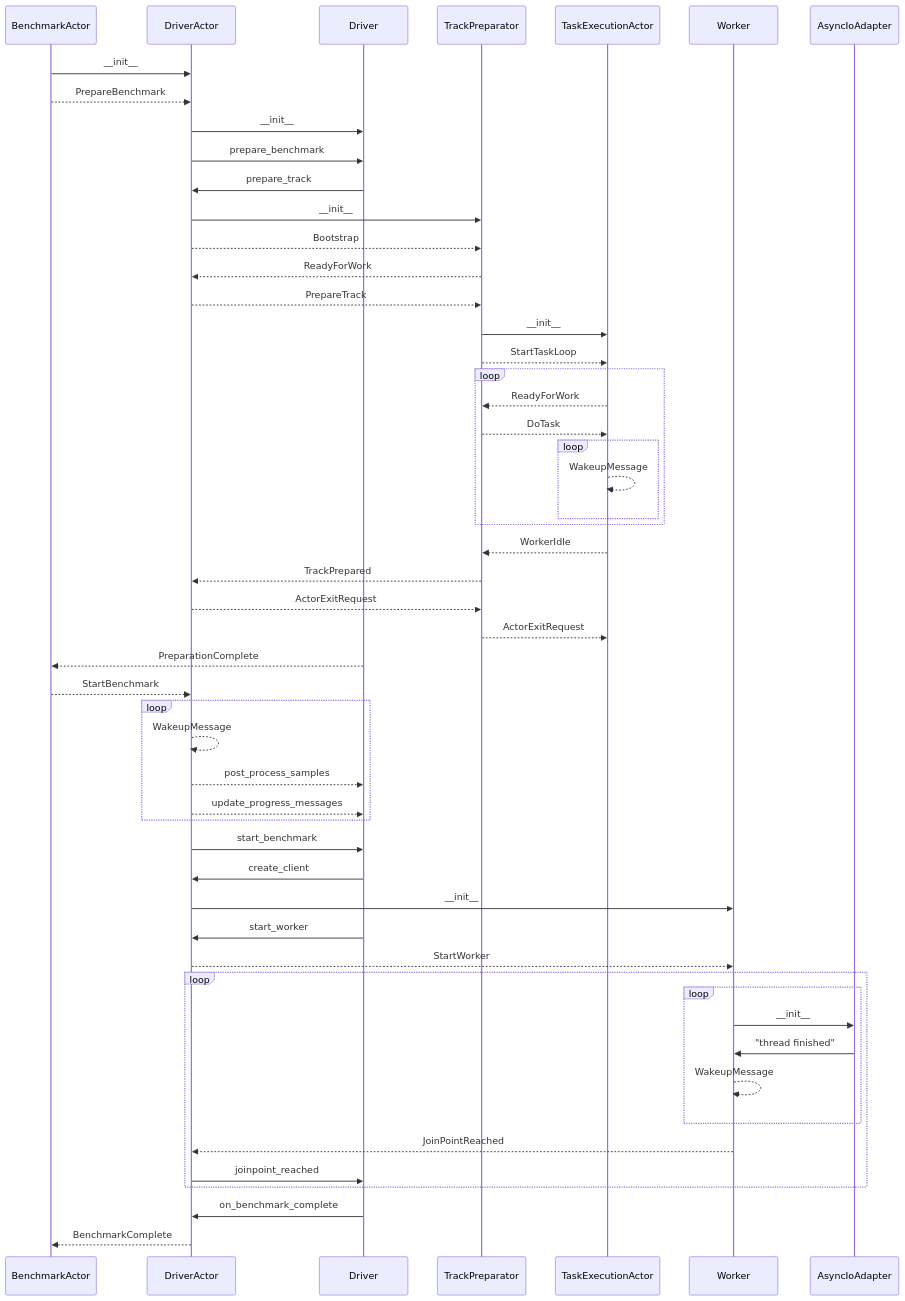
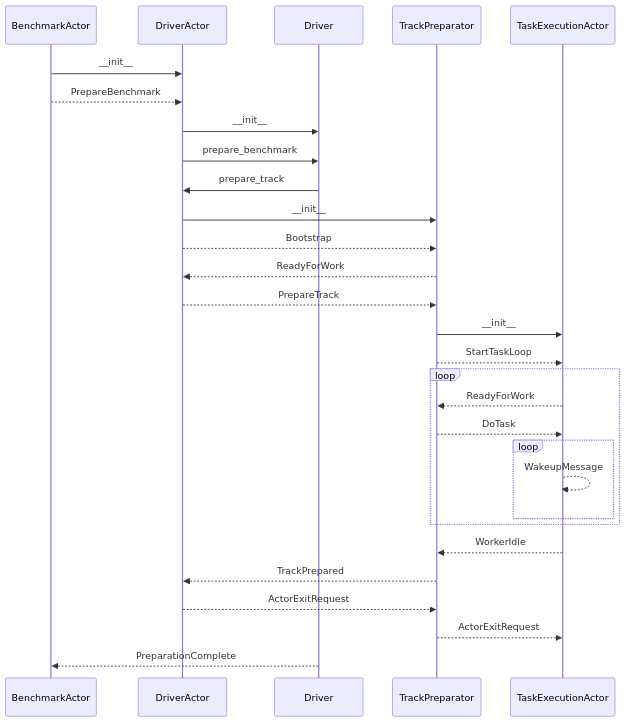
One commit to elastic/rally changed the first of 2 diagrams in docs/architecture/actor_system.md. Above: the diagram before and after it, drawn with Mermaid.

Commit message:
Split PrepareBenchmark and StartBenchmark

````diff
--- a/docs/architecture/actor_system.md
+++ b/docs/architecture/actor_system.md
@@ -54,55 +58,26 @@
 ```mermaid
 sequenceDiagram
-    participant BenchmarkActor
-    participant DriverActor
-    participant Driver
-    participant TrackPreparator
-    participant TaskExecutionActor
-    participant Worker
-
     BenchmarkActor ->> DriverActor: __init__
     BenchmarkActor -->> DriverActor: PrepareBenchmark
     DriverActor ->> Driver: __init__
     DriverActor ->> Driver: prepare_benchmark
     Driver ->> DriverActor: prepare_track
     DriverActor ->> TrackPreparator: __init__
     DriverActor -->> TrackPreparator: Bootstrap
     TrackPreparator -->> DriverActor: ReadyForWork
     DriverActor -->> TrackPreparator: PrepareTrack
     TrackPreparator ->> TaskExecutionActor: __init__
     TrackPreparator -->> TaskExecutionActor: StartTaskLoop
     loop
         TaskExecutionActor -->> TrackPreparator: ReadyForWork
         TrackPreparator -->> TaskExecutionActor: DoTask
         loop
             TaskExecutionActor -->> TaskExecutionActor: WakeupMessage
         end
     end
     TaskExecutionActor -->> TrackPreparator: WorkerIdle
     TrackPreparator -->> DriverActor: TrackPrepared
     DriverActor -->> TrackPreparator: ActorExitRequest
     TrackPreparator -->> TaskExecutionActor: ActorExitRequest
     Driver -->> BenchmarkActor: PreparationComplete
-    BenchmarkActor -->> DriverActor: StartBenchmark
-    loop
-        DriverActor -->> DriverActor: WakeupMessage
-        DriverActor -->> Driver: post_process_samples
-        DriverActor -->> Driver: update_progress_messages
-    end
-    DriverActor ->> Driver: start_benchmark
-    Driver ->> DriverActor: create_client
-    DriverActor ->> Worker: __init__
-    Driver ->> DriverActor: start_worker
-    DriverActor -->> Worker: StartWorker
-    loop
-        loop
-            Worker ->> AsyncIoAdapter: __init__
-            AsyncIoAdapter ->> Worker: "thread finished"
-            Worker -->> Worker: WakeupMessage
-        end
-        Worker -->> DriverActor: JoinPointReached
-        DriverActor ->> Driver: joinpoint_reached
-    end
-    Driver ->> DriverActor: on_benchmark_complete
-    DriverActor -->> BenchmarkActor: BenchmarkComplete
 ```
````
